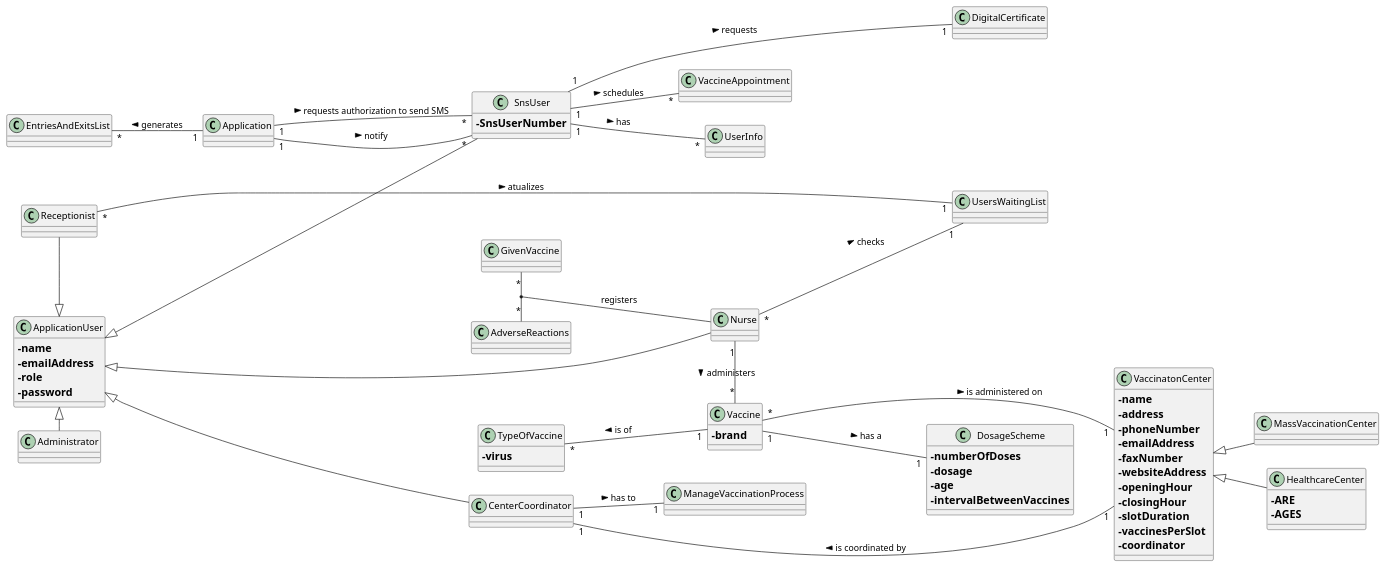
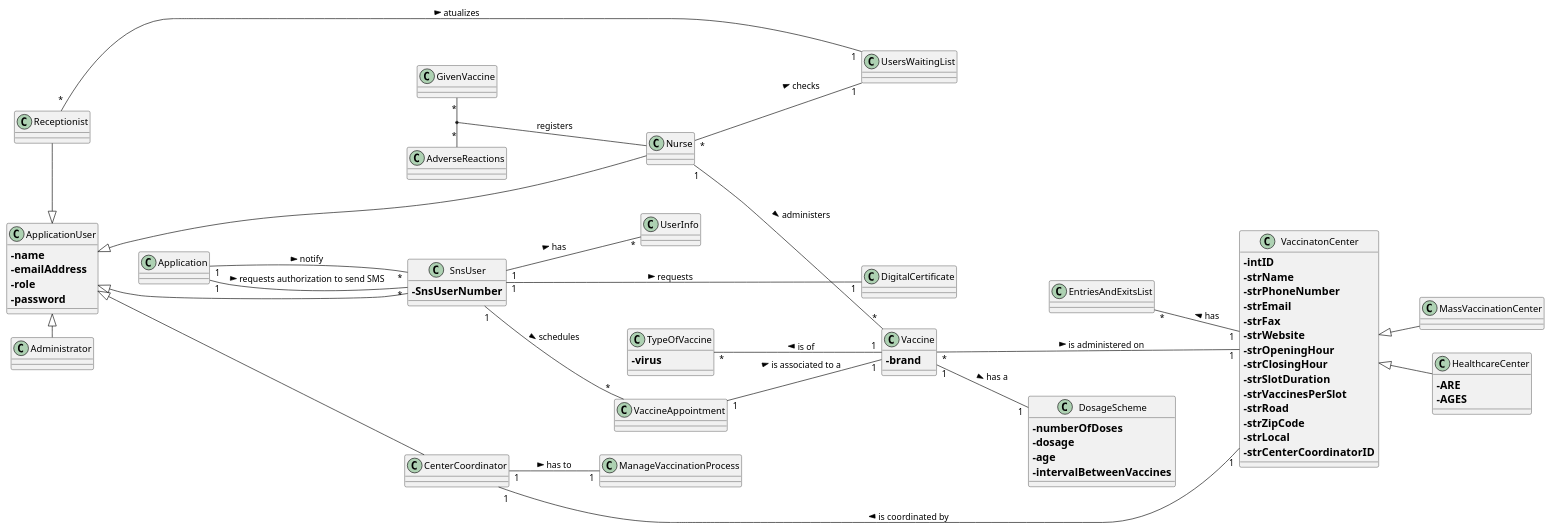
The diagram in docs/SprintB/DM.puml (Pirussa/lei-22-s2-1da-g02), drawn with PlantUML before and after one commit. The commit also changed 2 other files, not shown here.

```diff
--- a/docs/SprintB/DM.puml
+++ b/docs/SprintB/DM.puml
@@ -1,128 +1,136 @@
 @startuml
 'https://plantuml.com/class-diagram
 
 left to right direction
 
 class ApplicationUser {
 ==-name
 ==-emailAddress
 ==-role
 ==-password
 }
 
 
 class Administrator
 
 class SnsUser {
 ==-SnsUserNumber
 }
 
 ApplicationUser <|--- SnsUser
 ApplicationUser <|---- Nurse
 ApplicationUser <|-left- Receptionist
 ApplicationUser <|- Administrator
 ApplicationUser <|--- CenterCoordinator
 
 'Receptionist "1" - "*" SnsUser : creates new >
 
 
 class Receptionist
 
 class Nurse
 
 class CenterCoordinator
 
 'Administrator "*" -- "*" SnsUser : configures and manages  >
 'Administrator "*" - "*" Nurse : configures and manages >
 'Administrator "*" -l- "*" Receptionist : configures and manages >
 'Administrator "*" -- "*" VaccinatonCenter : configures and manages >
 'Administrator "*" -up-- "*" CenterCoordinator : configures and manages >
 'Administrator "*" -up- "*" TypeOfVaccine : configures and manages >
 'Administrator "*" -- "*" Vaccine : specifies new >
 'Administrator "1" - "*" DosageScheme : specifies  >
 'Administrator "*" -left "*" Employee : configures and manages >
 
 'Employee <-left Receptionist
 'Employee <- Nurse
 
 class VaccinatonCenter {
-==-name
-==-address
-==-phoneNumber
-==-emailAddress
-==-faxNumber
-==-websiteAddress
-==-openingHour
-==-closingHour
-==-slotDuration
-==-vaccinesPerSlot
-==-coordinator
+==-intID
+==-strName
+==-strPhoneNumber
+==-strEmail
+==-strFax
+==-strWebsite
+==-strOpeningHour
+==-strClosingHour
+==-strSlotDuration
+==-strVaccinesPerSlot
+==-strRoad
+==-strZipCode
+==-strLocal
+==-strCenterCoordinatorID
  }
 
 class MassVaccinationCenter extends VaccinatonCenter {
 
 }
 
 class HealthcareCenter extends VaccinatonCenter {
 ==-ARE
 ==-AGES
 }
 
 class Vaccine {
 ==-brand
 }
 
 class DosageScheme {
 ==-numberOfDoses
 ==-dosage
 == -age
 ==-intervalBetweenVaccines
 }
 
 class TypeOfVaccine {
 ==-virus
 }
 
 
 Vaccine "1" -- "1" DosageScheme : has a >
 TypeOfVaccine "*" -- "1" Vaccine :is of <
 Vaccine "*" --- "1" VaccinatonCenter : is administered on >
 
 class DigitalCertificate
 
 'Nurse "1" -left "*" DigitalCertificate : delivers >
 SnsUser "1" --- "1" DigitalCertificate : requests >
 
 class VaccineAppointment
 
 SnsUser "1" -- "*" VaccineAppointment : schedules >
 'Receptionist "1" - "*" VaccineAppointment : schedules and confirms >
 
 
 class UsersWaitingList
 class UserInfo
 
 Receptionist "*" - "1" UsersWaitingList : atualizes >
 Nurse "*" -- "1" UsersWaitingList : checks >
 Nurse "1" - "*" Vaccine : administers >
 SnsUser "1" --  "*" UserInfo : has >
+VaccineAppointment "1" -- "1" Vaccine : is associated to a >
+
+
+
 
 class GivenVaccine
 class AdverseReactions
 
 GivenVaccine "*" - "*" AdverseReactions
 (GivenVaccine, AdverseReactions) - Nurse : registers
 
 
 class ManageVaccinationProcess
 
 CenterCoordinator "1" -- "1" ManageVaccinationProcess : has to >
 CenterCoordinator "1" -- "1" VaccinatonCenter : is coordinated by <
 
 class Application
 class EntriesAndExitsList
 
 Application "1" -- "*" SnsUser : requests authorization to send SMS >
 Application "1" -- "*" SnsUser : notify >
-Application "1" -up- "*" EntriesAndExitsList : generates >
+VaccinatonCenter "1" -up- "*" EntriesAndExitsList : has >
+
 @enduml
```
